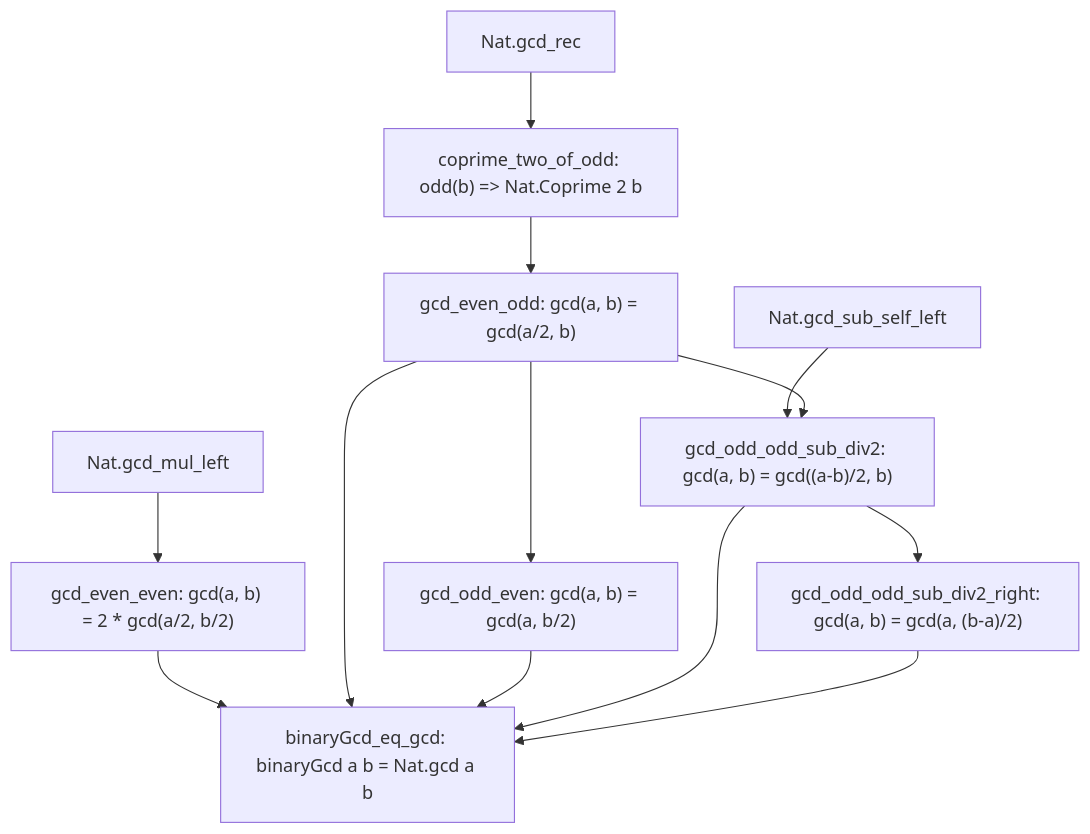
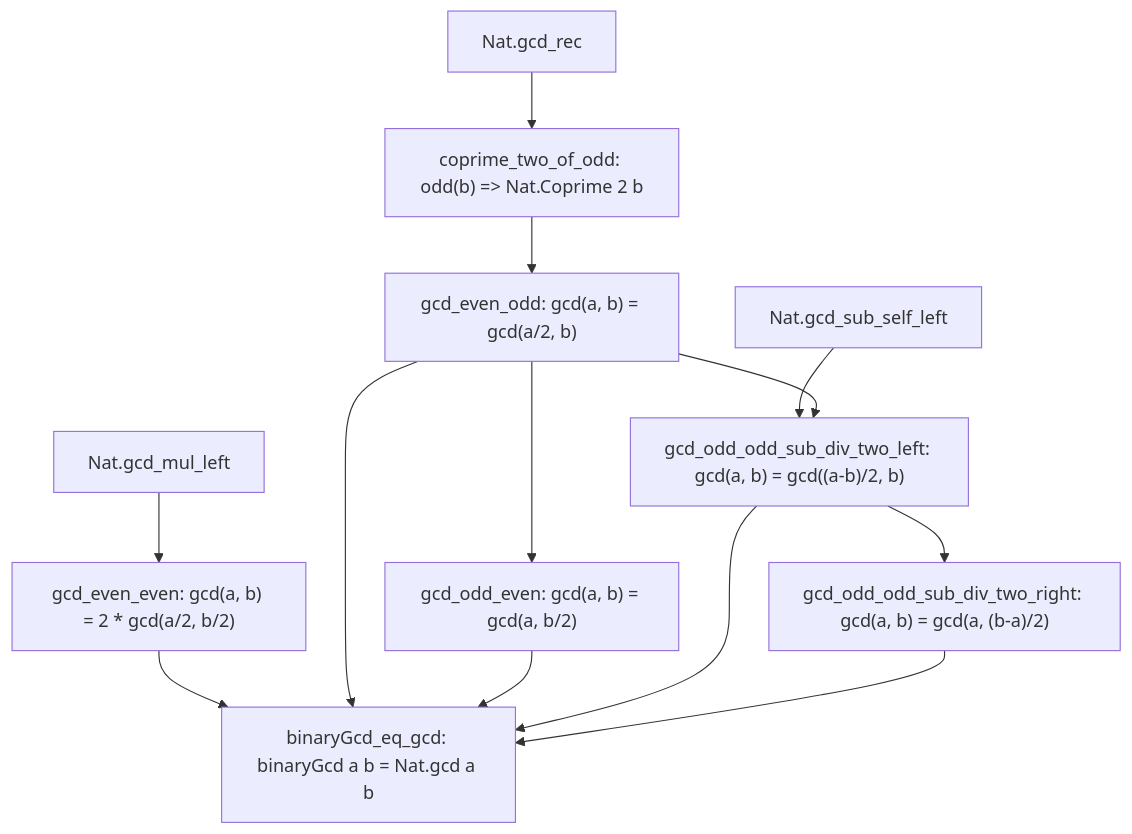
One commit to tanaeem-moosa/amort changed the diagram in docs/BinaryGCD.md. Above: the diagram before and after it, drawn with Mermaid. The commit also changed other lines of this file and 4 other files, not shown here.

````diff
--- a/docs/BinaryGCD.md
+++ b/docs/BinaryGCD.md
@@ -57,16 +57,16 @@
 ```mermaid
 graph TD
     NatGcdRec["Nat.gcd_rec"] --> CoprimeTwo["coprime_two_of_odd: odd(b) => Nat.Coprime 2 b"]
     CoprimeTwo --> GcdEvenOdd["gcd_even_odd: gcd(a, b) = gcd(a/2, b)"]
     GcdEvenOdd --> GcdOddEven["gcd_odd_even: gcd(a, b) = gcd(a, b/2)"]
     NatGcdMulLeft["Nat.gcd_mul_left"] --> GcdEvenEven["gcd_even_even: gcd(a, b) = 2 * gcd(a/2, b/2)"]
-    NatGcdSubLeft["Nat.gcd_sub_self_left"] --> GcdOddOdd["gcd_odd_odd_sub_div2: gcd(a, b) = gcd((a-b)/2, b)"]
+    NatGcdSubLeft["Nat.gcd_sub_self_left"] --> GcdOddOdd["gcd_odd_odd_sub_div_two_left: gcd(a, b) = gcd((a-b)/2, b)"]
     GcdEvenOdd --> GcdOddOdd
-    GcdOddOdd --> GcdOddOddRight["gcd_odd_odd_sub_div2_right: gcd(a, b) = gcd(a, (b-a)/2)"]
+    GcdOddOdd --> GcdOddOddRight["gcd_odd_odd_sub_div_two_right: gcd(a, b) = gcd(a, (b-a)/2)"]
     
     GcdEvenEven --> BinaryGcdEq["binaryGcd_eq_gcd: binaryGcd a b = Nat.gcd a b"]
     GcdEvenOdd --> BinaryGcdEq
     GcdOddEven --> BinaryGcdEq
     GcdOddOdd --> BinaryGcdEq
     GcdOddOddRight --> BinaryGcdEq
 ```
````
